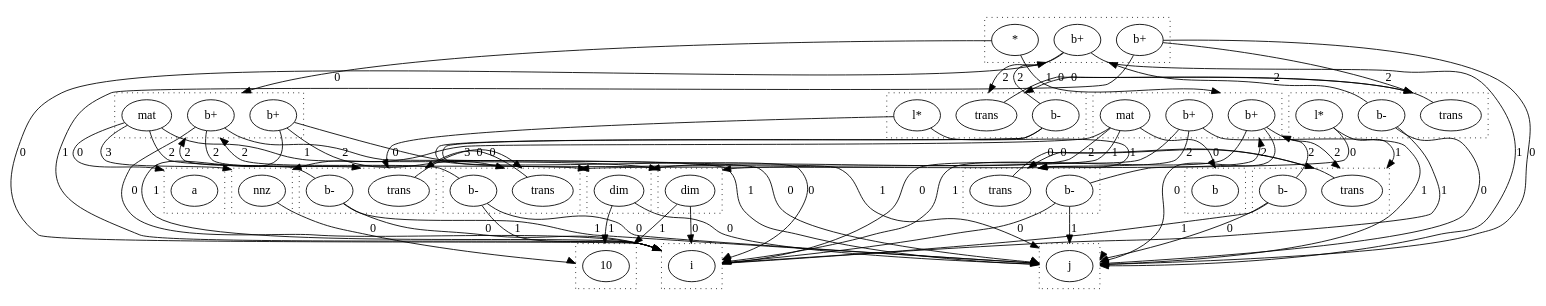
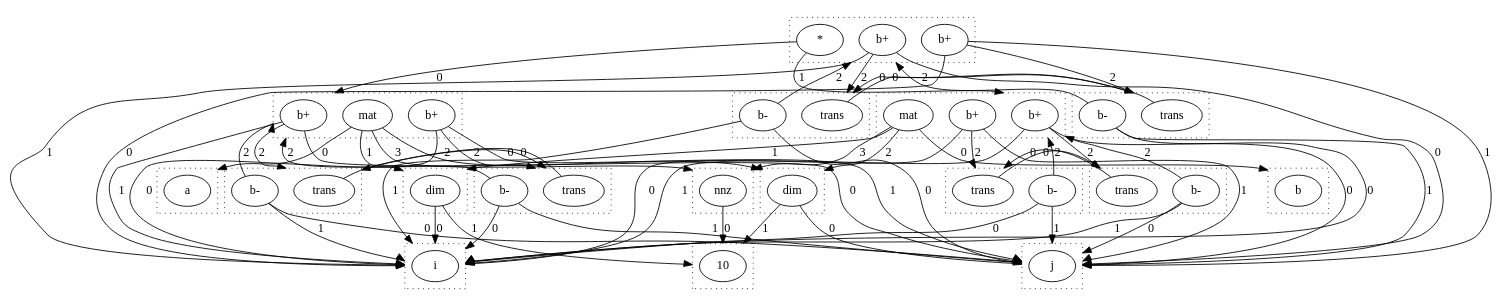
One commit to wormhole-optimization/warp changed the diagram in dots/raunbind.dot. Above: the diagram before and after it, drawn with Graphviz. The commit also changed 8 other files, not shown here.

```diff
--- a/dots/raunbind.dot
+++ b/dots/raunbind.dot
@@ -1,146 +1,140 @@
 digraph {
   compound=true
   subgraph cluster_0 {
     style=dotted
     0.0[label = "i"]
   }
   subgraph cluster_1 {
     style=dotted
     1.0[label = "j"]
   }
   subgraph cluster_2 {
     style=dotted
     2.0[label = "a"]
   }
   subgraph cluster_3 {
     style=dotted
     3.0[label = "10"]
   }
   subgraph cluster_4 {
     style=dotted
     4.0[label = "dim"]
   }
   subgraph cluster_5 {
     style=dotted
     5.0[label = "dim"]
   }
   subgraph cluster_6 {
     style=dotted
     6.0[label = "nnz"]
   }
   subgraph cluster_7 {
     style=dotted
     7.0[label = "b+"]
     7.1[label = "mat"]
     7.2[label = "b+"]
   }
   subgraph cluster_8 {
     style=dotted
     8.0[label = "b"]
   }
   subgraph cluster_9 {
     style=dotted
     9.0[label = "b+"]
     9.1[label = "mat"]
     9.2[label = "b+"]
   }
   subgraph cluster_10 {
     style=dotted
     10.0[label = "b+"]
     10.1[label = "*"]
     10.2[label = "b+"]
   }
   subgraph cluster_11 {
     style=dotted
     11.0[label = "trans"]
     11.1[label = "b-"]
-    11.2[label = "l*"]
   }
   subgraph cluster_12 {
     style=dotted
     12.0[label = "trans"]
     12.1[label = "b-"]
   }
   subgraph cluster_14 {
     style=dotted
     14.0[label = "trans"]
     14.1[label = "b-"]
   }
   subgraph cluster_16 {
     style=dotted
     16.0[label = "trans"]
     16.1[label = "b-"]
   }
   subgraph cluster_18 {
     style=dotted
     18.0[label = "trans"]
     18.1[label = "b-"]
   }
-  subgraph cluster_20 {
+  subgraph cluster_21 {
     style=dotted
-    20.0[label = "trans"]
-    20.1[label = "b-"]
-    20.2[label = "l*"]
+    21.0[label = "trans"]
+    21.1[label = "b-"]
   }
   4.0 -> 0.0 [lhead = cluster_0, label = 0]
   4.0 -> 3.0 [lhead = cluster_3, label = 1]
   5.0 -> 1.0 [lhead = cluster_1, label = 0]
   5.0 -> 3.0 [lhead = cluster_3, label = 1]
   6.0 -> 3.0 [lhead = cluster_3, label = 0]
-  7.0 -> 0.0 [lhead = cluster_0, label = 0]
-  7.0 -> 1.0 [lhead = cluster_1, label = 1]
+  7.0 -> 1.0 [lhead = cluster_1, label = 0]
+  7.0 -> 0.0 [lhead = cluster_0, label = 1]
   7.0 -> 14.0 [lhead = cluster_14, label = 2]
   7.1 -> 2.0 [lhead = cluster_2, label = 0]
   7.1 -> 4.0 [lhead = cluster_4, label = 1]
   7.1 -> 5.0 [lhead = cluster_5, label = 2]
   7.1 -> 6.0 [lhead = cluster_6, label = 3]
-  7.2 -> 1.0 [lhead = cluster_1, label = 0]
-  7.2 -> 0.0 [lhead = cluster_0, label = 1]
+  7.2 -> 0.0 [lhead = cluster_0, label = 0]
+  7.2 -> 1.0 [lhead = cluster_1, label = 1]
   7.2 -> 12.0 [lhead = cluster_12, label = 2]
   9.0 -> 1.0 [lhead = cluster_1, label = 0]
   9.0 -> 0.0 [lhead = cluster_0, label = 1]
   9.0 -> 18.0 [lhead = cluster_18, label = 2]
   9.1 -> 8.0 [lhead = cluster_8, label = 0]
   9.1 -> 4.0 [lhead = cluster_4, label = 1]
   9.1 -> 5.0 [lhead = cluster_5, label = 2]
   9.1 -> 6.0 [lhead = cluster_6, label = 3]
   9.2 -> 0.0 [lhead = cluster_0, label = 0]
   9.2 -> 1.0 [lhead = cluster_1, label = 1]
   9.2 -> 16.0 [lhead = cluster_16, label = 2]
-  10.0 -> 0.0 [lhead = cluster_0, label = 0]
-  10.0 -> 1.0 [lhead = cluster_1, label = 1]
-  10.0 -> 11.0 [lhead = cluster_11, label = 2]
+  10.0 -> 1.0 [lhead = cluster_1, label = 0]
+  10.0 -> 0.0 [lhead = cluster_0, label = 1]
+  10.0 -> 21.0 [lhead = cluster_21, label = 2]
   10.1 -> 7.0 [lhead = cluster_7, label = 0]
   10.1 -> 9.0 [lhead = cluster_9, label = 1]
-  10.2 -> 1.0 [lhead = cluster_1, label = 0]
-  10.2 -> 0.0 [lhead = cluster_0, label = 1]
-  10.2 -> 20.0 [lhead = cluster_20, label = 2]
-  11.0 -> 20.0 [lhead = cluster_20, label = 0]
+  10.2 -> 0.0 [lhead = cluster_0, label = 0]
+  10.2 -> 1.0 [lhead = cluster_1, label = 1]
+  10.2 -> 11.0 [lhead = cluster_11, label = 2]
+  11.0 -> 21.0 [lhead = cluster_21, label = 0]
   11.1 -> 0.0 [lhead = cluster_0, label = 0]
   11.1 -> 1.0 [lhead = cluster_1, label = 1]
   11.1 -> 10.0 [lhead = cluster_10, label = 2]
-  11.2 -> 14.0 [lhead = cluster_14, label = 0]
-  11.2 -> 16.0 [lhead = cluster_16, label = 1]
   12.0 -> 14.0 [lhead = cluster_14, label = 0]
-  12.1 -> 1.0 [lhead = cluster_1, label = 0]
-  12.1 -> 0.0 [lhead = cluster_0, label = 1]
+  12.1 -> 0.0 [lhead = cluster_0, label = 0]
+  12.1 -> 1.0 [lhead = cluster_1, label = 1]
   12.1 -> 7.0 [lhead = cluster_7, label = 2]
   14.0 -> 12.0 [lhead = cluster_12, label = 0]
-  14.1 -> 0.0 [lhead = cluster_0, label = 0]
-  14.1 -> 1.0 [lhead = cluster_1, label = 1]
+  14.1 -> 1.0 [lhead = cluster_1, label = 0]
+  14.1 -> 0.0 [lhead = cluster_0, label = 1]
   14.1 -> 7.0 [lhead = cluster_7, label = 2]
   16.0 -> 18.0 [lhead = cluster_18, label = 0]
   16.1 -> 0.0 [lhead = cluster_0, label = 0]
   16.1 -> 1.0 [lhead = cluster_1, label = 1]
   16.1 -> 9.0 [lhead = cluster_9, label = 2]
   18.0 -> 16.0 [lhead = cluster_16, label = 0]
   18.1 -> 1.0 [lhead = cluster_1, label = 0]
   18.1 -> 0.0 [lhead = cluster_0, label = 1]
   18.1 -> 9.0 [lhead = cluster_9, label = 2]
-  20.0 -> 11.0 [lhead = cluster_11, label = 0]
-  20.1 -> 1.0 [lhead = cluster_1, label = 0]
-  20.1 -> 0.0 [lhead = cluster_0, label = 1]
-  20.1 -> 10.0 [lhead = cluster_10, label = 2]
-  20.2 -> 12.0 [lhead = cluster_12, label = 0]
-  20.2 -> 18.0 [lhead = cluster_18, label = 1]
+  21.0 -> 11.0 [lhead = cluster_11, label = 0]
+  21.1 -> 1.0 [lhead = cluster_1, label = 0]
+  21.1 -> 0.0 [lhead = cluster_0, label = 1]
+  21.1 -> 10.0 [lhead = cluster_10, label = 2]
 }
```
